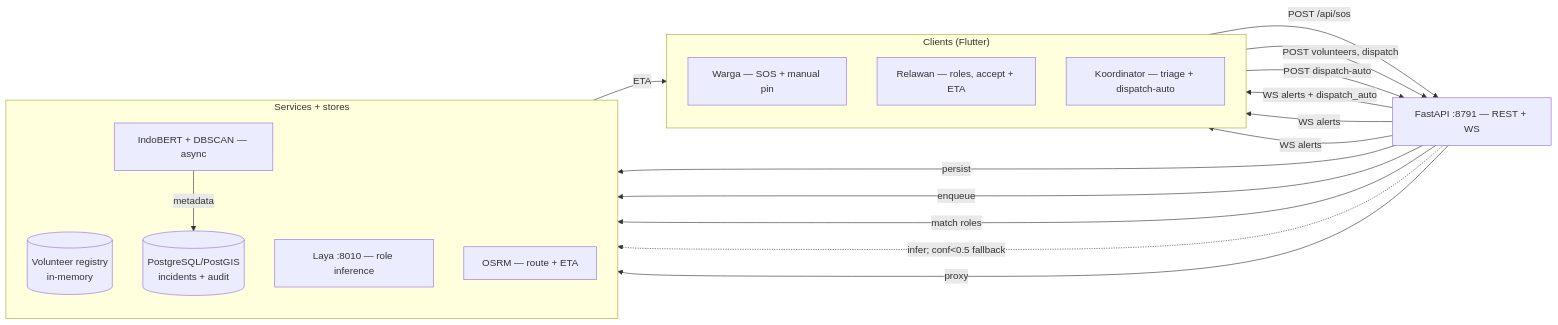
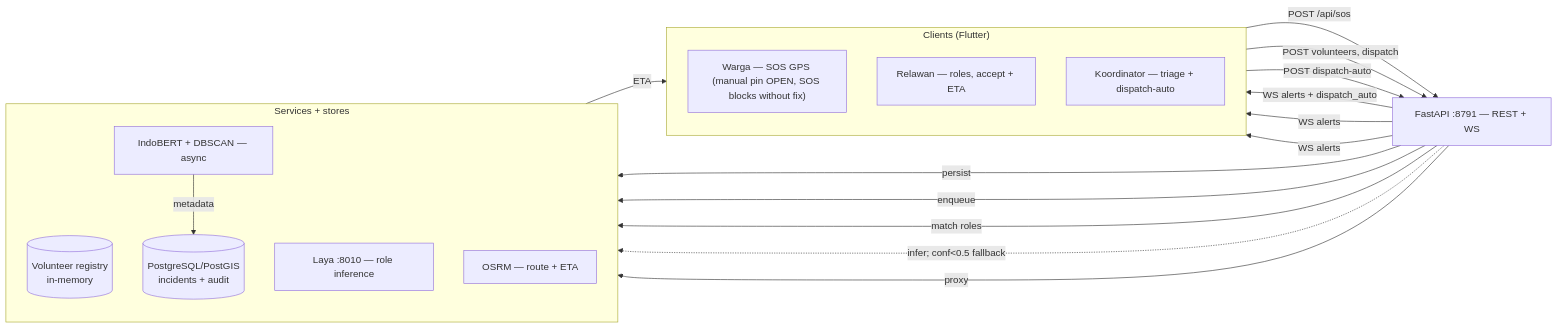
One commit to JoshRiang/commencys changed the diagram in docs/02-design.md. Above: the diagram before and after it, drawn with Mermaid. The commit also changed 3 other files, not shown here.

Commit message:
Docs: manual-pin SOS fallback is OPEN (blocks without GPS), WS hello filter note

````diff
--- a/docs/02-design.md
+++ b/docs/02-design.md
@@ -12,31 +12,31 @@
 ```mermaid
 flowchart LR
     subgraph clients["Clients (Flutter)"]
         direction TB
-        W["Warga — SOS + manual pin"]
+        W["Warga — SOS GPS (manual pin OPEN, SOS blocks without fix)"]
         V["Relawan — roles, accept + ETA"]
         K["Koordinator — triage + dispatch-auto"]
     end
     API["FastAPI :8791 — REST + WS"]
     subgraph services["Services + stores"]
         direction TB
         REG[("Volunteer registry<br/>in-memory")]
         LAYA["Laya :8010 — role inference"]
         AI["IndoBERT + DBSCAN — async"]
         DB[("PostgreSQL/PostGIS<br/>incidents + audit")]
         OSRM["OSRM — route + ETA"]
     end
     W -->|"POST /api/sos"| API
     V -->|"POST volunteers, dispatch"| API
     K -->|"POST dispatch-auto"| API
     API -->|"persist"| DB
     API -->|"enqueue"| AI
     AI -->|"metadata"| DB
     API -->|"match roles"| REG
     API -.->|"infer; conf<0.5 fallback"| LAYA
     API -->|"WS alerts + dispatch_auto"| V
     API -->|"WS alerts"| K
     API -->|"WS alerts"| W
     API -->|"proxy"| OSRM
     OSRM -->|"ETA"| V
 ```
````
